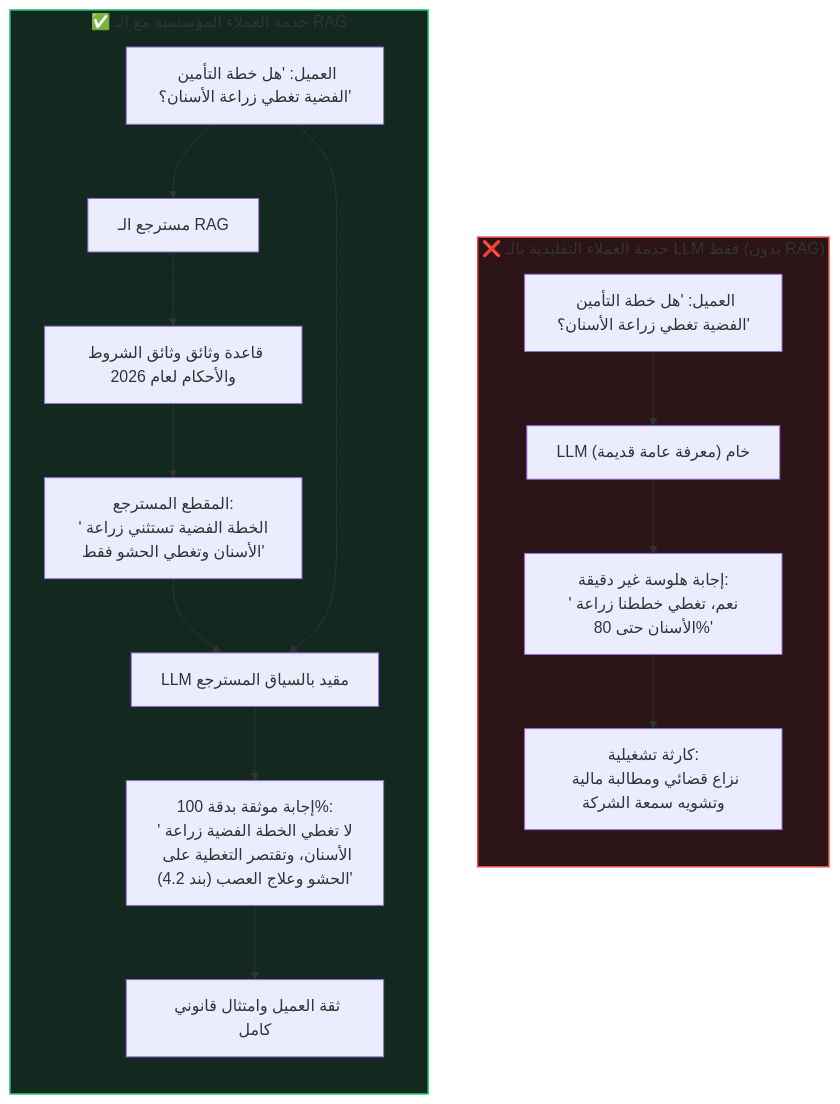
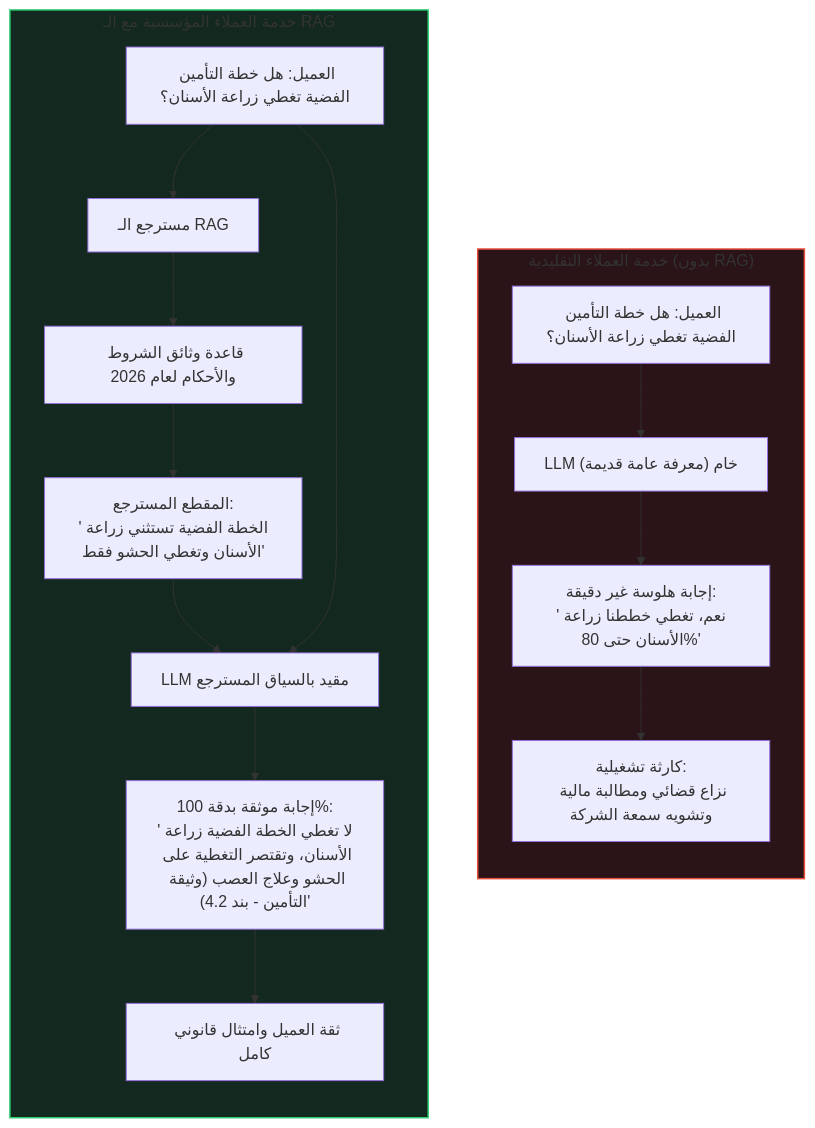
One commit to ali-abofouda/RAG-Mastery changed the diagram in docs/00-rag-fundamentals/02-examples-and-advantages-of-rag.md. Above: the diagram before and after it, drawn with Mermaid. The commit also changed other lines of this file and 6 other files, not shown here.

Commit message:
docs: restructure 00-rag-fundamentals to concept-driven and code-backed architecture

````diff
--- a/docs/00-rag-fundamentals/02-examples-and-advantages-of-rag.md
+++ b/docs/00-rag-fundamentals/02-examples-and-advantages-of-rag.md
@@ -22,22 +22,22 @@
 ```mermaid
 flowchart TD
-    subgraph WithoutRAG ["❌ خدمة العملاء التقليدية بالـ LLM فقط (بدون RAG)"]
+    subgraph WithoutRAG ["خدمة العملاء التقليدية (بدون RAG)"]
         direction TB
-        C1["العميل: 'هل خطة التأمين الفضية تغطي زراعة الأسنان؟'"] --> L1["LLM خام (معرفة عامة قديمة)"]
+        C1["العميل: هل خطة التأمين الفضية تغطي زراعة الأسنان؟"] --> L1["LLM خام (معرفة عامة قديمة)"]
         L1 --> A1["إجابة هلوسة غير دقيقة:<br/>'نعم، تغطي خططنا زراعة الأسنان حتى 80%'"]
         A1 --> E1["كارثة تشغيلية:<br/>نزاع قضائي ومطالبة مالية وتشويه سمعة الشركة"]
     end
 
-    subgraph WithRAG ["✅ خدمة العملاء المؤسسية مع الـ RAG"]
+    subgraph WithRAG ["خدمة العملاء المؤسسية مع الـ RAG"]
         direction TB
-        C2["العميل: 'هل خطة التأمين الفضية تغطي زراعة الأسنان؟'"] --> R2["مسترجع الـ RAG"]
-        R2 --> V2["قاعدة وثائق وثائق الشروط والأحكام لعام 2026"]
+        C2["العميل: هل خطة التأمين الفضية تغطي زراعة الأسنان؟"] --> R2["مسترجع الـ RAG"]
+        R2 --> V2["قاعدة وثائق الشروط والأحكام لعام 2026"]
         V2 --> Ch2["المقطع المسترجع:<br/>'الخطة الفضية تستثني زراعة الأسنان وتغطي الحشو فقط'"]
         Ch2 & C2 --> L2["LLM مقيد بالسياق المسترجع"]
-        L2 --> A2["إجابة موثقة بدقة 100%:<br/>'لا تغطي الخطة الفضية زراعة الأسنان، وتقتصر التغطية على الحشو وعلاج العصب (بند 4.2)'"]
+        L2 --> A2["إجابة موثقة بدقة 100%:<br/>'لا تغطي الخطة الفضية زراعة الأسنان، وتقتصر التغطية على الحشو وعلاج العصب (وثيقة التأمين - بند 4.2)'"]
         A2 --> E2["ثقة العميل وامتثال قانوني كامل"]
     end
 
     style WithoutRAG fill:#2a1417,stroke:#e74c3c,stroke-width:1.5px
     style WithRAG fill:#13281e,stroke:#2ecc71,stroke-width:1.5px
 ```
````
